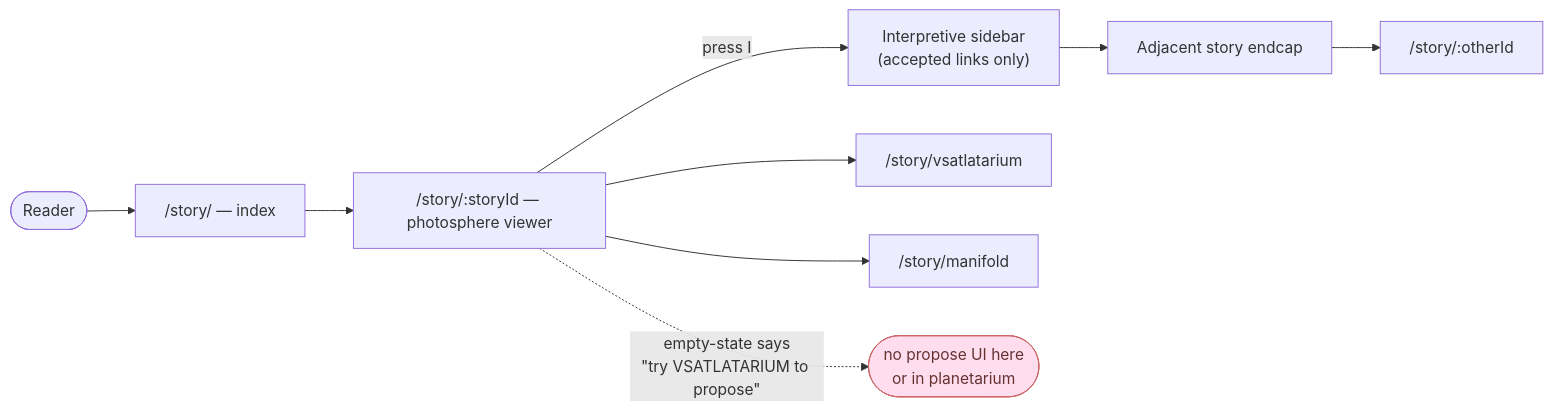
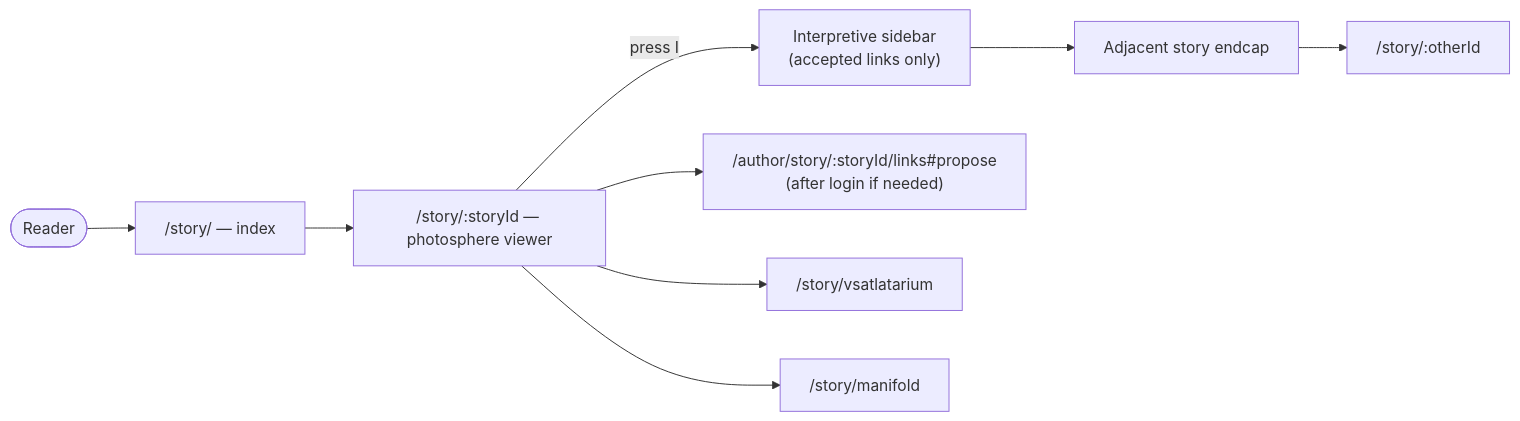
Before and after one commit to BrookesUniversityLearningResources/vsat: the first of 7 diagrams in docs/role-sitemap.md, drawn with Mermaid. The commit also changed other lines of this file and 23 other files, not shown here.

First line of the commit message:
Add returnTo auth flow, interpretive-link voting, and role docs

````diff
--- a/docs/role-sitemap.md
+++ b/docs/role-sitemap.md
@@ -115,13 +118,11 @@
 ```mermaid
 flowchart LR
   R([Reader]) --> SI["/story/ — index"]
   SI --> SR["/story/:storyId — photosphere viewer"]
   SR -->|press I| SB["Interpretive sidebar<br/>(accepted links only)"]
   SB --> AS["Adjacent story endcap"]
   AS --> SR2["/story/:otherId"]
+  SR --> PL0["/author/story/:storyId/links#propose<br/>(after login if needed)"]
   SR --> VL["/story/vsatlatarium"]
   SR --> MF["/story/manifold"]
-  SR -.->|empty-state says<br/>&quot;try VSATLATARIUM to propose&quot;| DEAD(["no propose UI here<br/>or in planetarium"]):::gap
-
-  classDef gap fill:#fde,stroke:#c66,color:#633;
 ```
````
